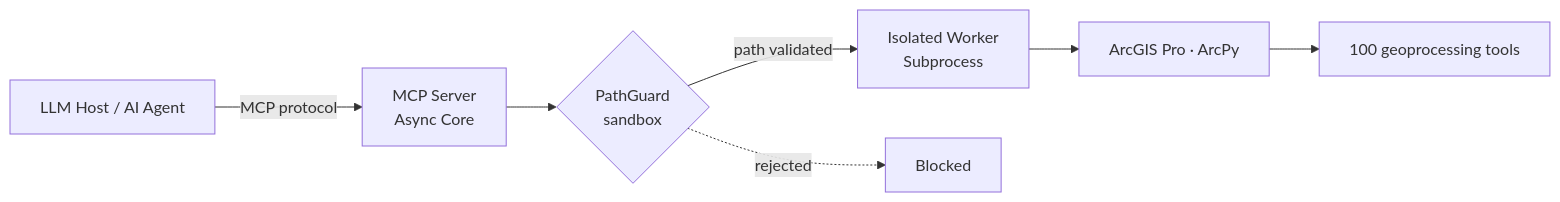
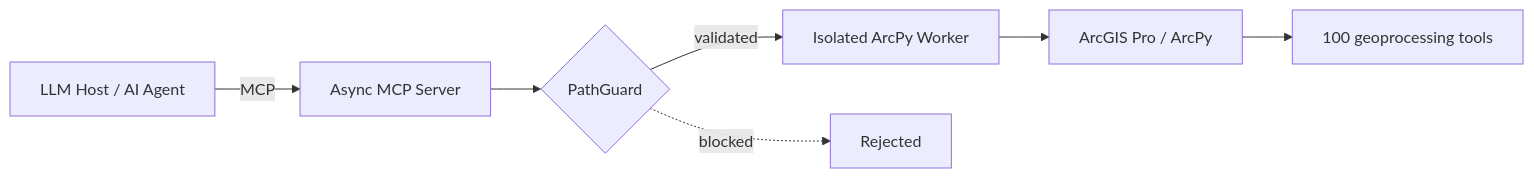
Before and after one commit to muend/muend: the diagram in README.md, drawn with Mermaid. The commit also changed other lines of this file, not shown here.

`````diff
--- a/README.md
+++ b/README.md
@@ -93,9 +96,9 @@
 ```mermaid
 flowchart LR
-    A["LLM Host / AI Agent"] -->|MCP protocol| B["MCP Server<br/>Async Core"]
-    B --> C{"PathGuard<br/>sandbox"}
-    C -->|path validated| D["Isolated Worker<br/>Subprocess"]
-    C -.->|rejected| X["Blocked"]
-    D --> E["ArcGIS Pro · ArcPy"]
+    A["LLM Host / AI Agent"] -->|MCP| B["Async MCP Server"]
+    B --> C{"PathGuard"}
+    C -->|validated| D["Isolated ArcPy Worker"]
+    C -.->|blocked| X["Rejected"]
+    D --> E["ArcGIS Pro / ArcPy"]
     E --> F["100 geoprocessing tools"]
-````
+```
`````
